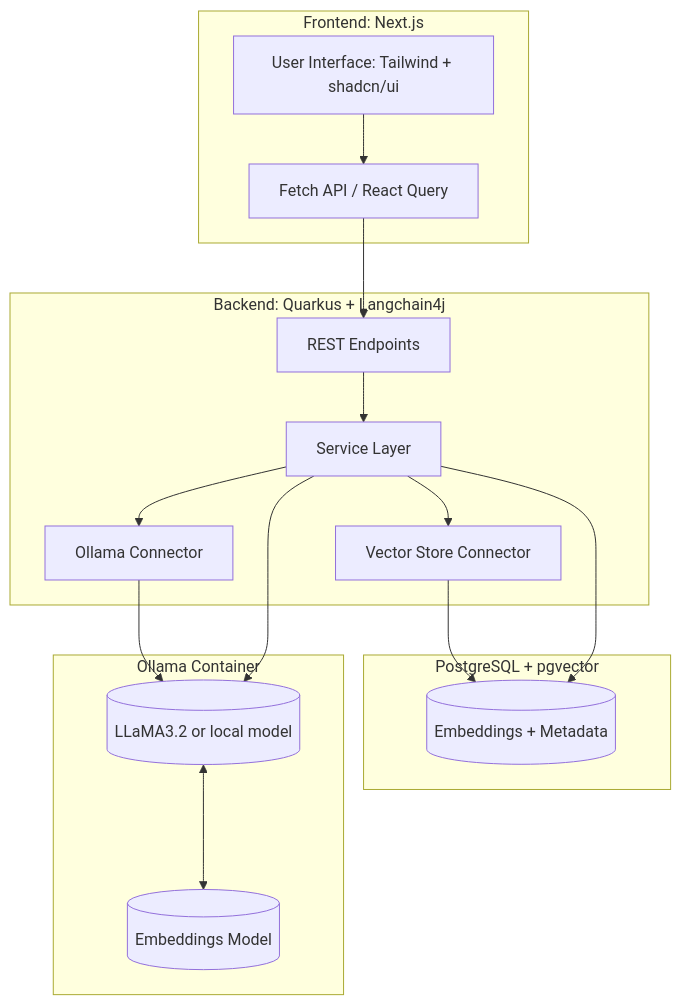
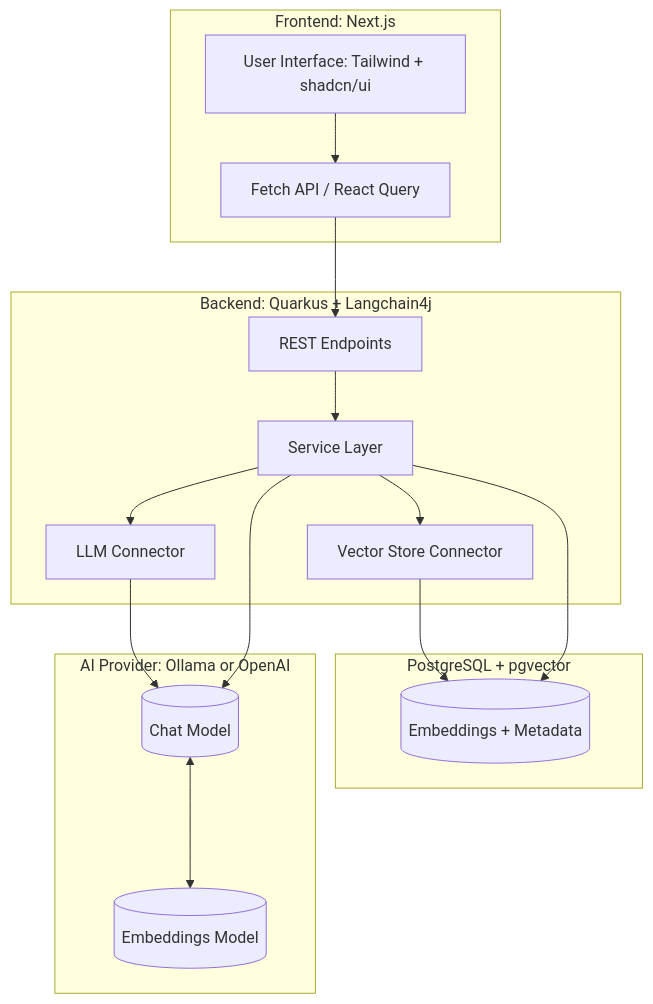
One commit to JohannesRabauer/quanta changed the first of 2 diagrams in README.md. Above: the diagram before and after it, drawn with Mermaid. The commit also changed other lines of this file and 5 other files, not shown here.

Commit message:
Add switchable OpenAI and Ollama setup

````diff
--- a/README.md
+++ b/README.md
@@ -12,37 +12,37 @@
 ```mermaid
 flowchart TD
 
     subgraph Frontend [Frontend: Next.js]
         UI[User Interface: Tailwind + shadcn/ui]
         FEAPI[Fetch API / React Query]
         UI --> FEAPI
     end
 
     subgraph Backend [Backend: Quarkus + Langchain4j]
         API[REST Endpoints]
         Service[Service Layer]
         Vector[Vector Store Connector]
-        LLM[Ollama Connector]
+        LLM[LLM Connector]
         
         API --> Service
         Service --> Vector
         Service --> LLM
     end
 
     subgraph Database [PostgreSQL + pgvector]
         PG[(Embeddings + Metadata)]
     end
 
-    subgraph AI [Ollama Container]
-        Model[(LLaMA3.2 or local model)]
+    subgraph AI [AI Provider: Ollama or OpenAI]
+        Model[(Chat Model)]
         Embed[(Embeddings Model)]
         Model <---> Embed
     end
 
     %% Connections
     FEAPI --> API
     Vector --> PG
     LLM --> Model
     Service --> PG
     Service --> Model
 ```
````
